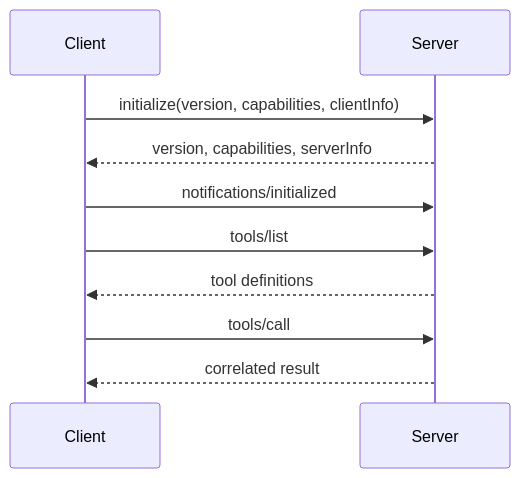
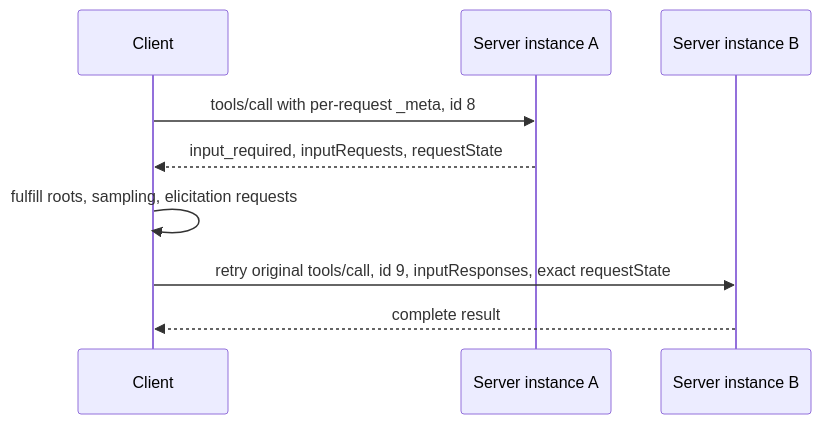
Before and after one commit to josh6011/ai-engineering: the second of 3 diagrams in certifications/claude/lessons/11-mcp-server-design-and-integration/docs/en.md, drawn with Mermaid. The commit also changed other lines of this file and 4 other files, not shown here.

````diff
--- a/certifications/claude/lessons/11-mcp-server-design-and-integration/docs/en.md
+++ b/certifications/claude/lessons/11-mcp-server-design-and-integration/docs/en.md
@@ -100,12 +204,11 @@
 ```mermaid
 sequenceDiagram
     participant C as Client
-    participant S as Server
-    C->>S: initialize(version, capabilities, clientInfo)
-    S-->>C: version, capabilities, serverInfo
-    C->>S: notifications/initialized
-    C->>S: tools/list
-    S-->>C: tool definitions
-    C->>S: tools/call
-    S-->>C: correlated result
+    participant A as Server instance A
+    participant B as Server instance B
+    C->>A: tools/call with per-request _meta, id 8
+    A-->>C: input_required, inputRequests, requestState
+    C->>C: fulfill roots, sampling, elicitation requests
+    C->>B: retry original tools/call, id 9, inputResponses, exact requestState
+    B-->>C: complete result
 ```
````
